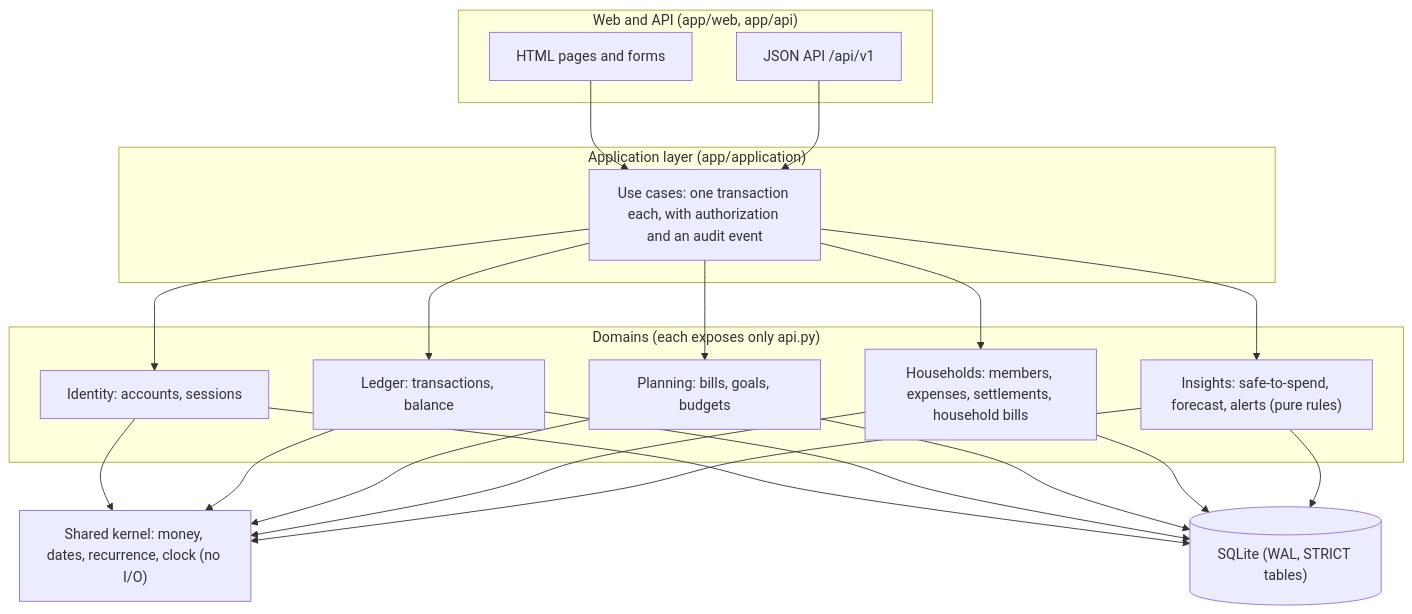
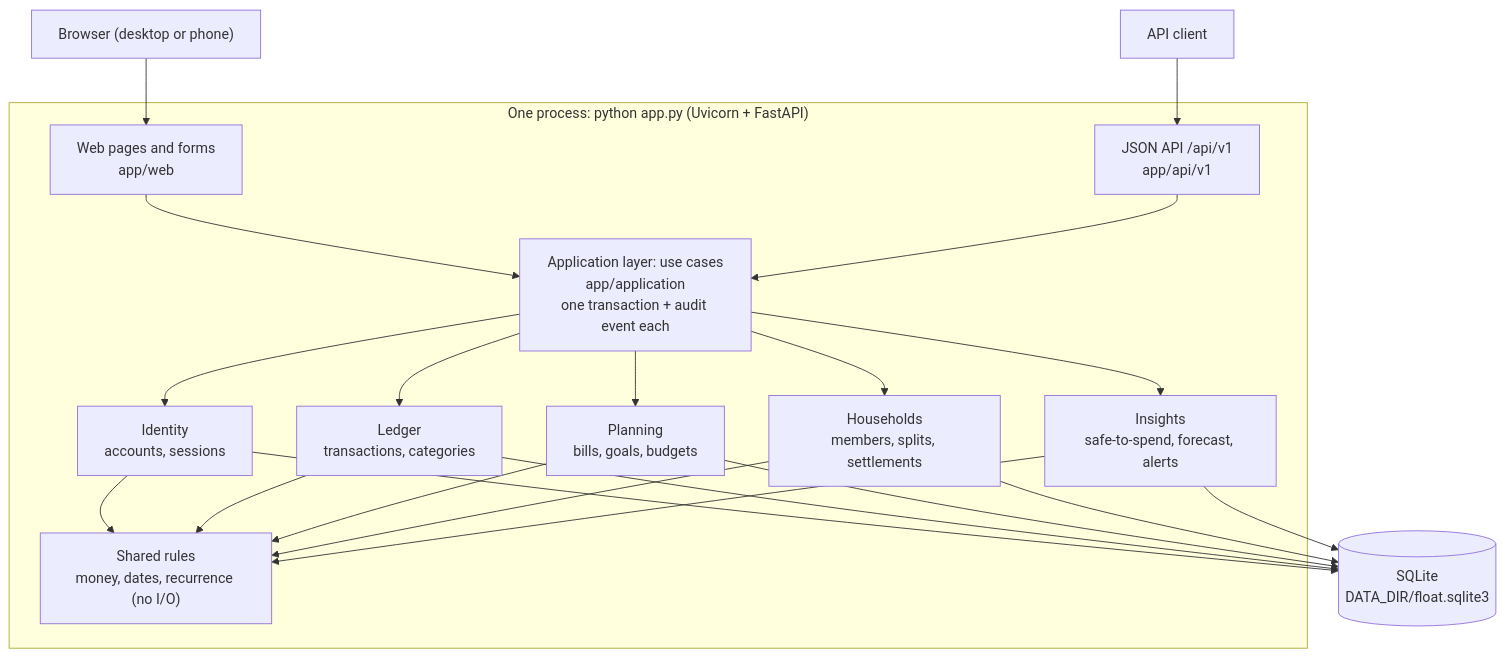
Before and after one commit to Sanad-AlBilleh/Float: the first of 3 diagrams in docs/report.md, drawn with Mermaid. The commit also changed other lines of this file and 5 other files, not shown here.

````diff
--- a/docs/report.md
+++ b/docs/report.md
@@ -88,24 +54,21 @@
 ```mermaid
 flowchart TB
-    subgraph web["Web and API (app/web, app/api)"]
-        pages["HTML pages and forms"]
-        api["JSON API /api/v1"]
+    browser["Browser (desktop or phone)"] --> web
+    client["API client"] --> api
+    subgraph process["One process: python app.py (Uvicorn + FastAPI)"]
+        web["Web pages and forms<br/>app/web"]
+        api["JSON API /api/v1<br/>app/api/v1"]
+        app["Application layer: use cases<br/>app/application<br/>one transaction + audit event each"]
+        identity["Identity<br/>accounts, sessions"]
+        ledger["Ledger<br/>transactions, categories"]
+        planning["Planning<br/>bills, goals, budgets"]
+        households["Households<br/>members, splits, settlements"]
+        insights["Insights<br/>safe-to-spend, forecast, alerts"]
+        shared["Shared rules<br/>money, dates, recurrence (no I/O)"]
+        web --> app
+        api --> app
+        app --> identity & ledger & planning & households & insights
+        identity & ledger & planning & households & insights --> shared
     end
-    subgraph application["Application layer (app/application)"]
-        usecases["Use cases: one transaction each, with authorization and an audit event"]
-    end
-    subgraph domains["Domains (each exposes only api.py)"]
-        identity["Identity: accounts, sessions"]
-        ledger["Ledger: transactions, balance"]
-        planning["Planning: bills, goals, budgets"]
-        households["Households: members, expenses, settlements, household bills"]
-        insights["Insights: safe-to-spend, forecast, alerts (pure rules)"]
-    end
-    shared["Shared kernel: money, dates, recurrence, clock (no I/O)"]
-    db[("SQLite (WAL, STRICT tables)")]
-    pages --> usecases
-    api --> usecases
-    usecases --> identity & ledger & planning & households & insights
-    identity & ledger & planning & households & insights --> shared
-    identity & ledger & planning & households & insights --> db
+    identity & ledger & planning & households & insights --> db[("SQLite<br/>DATA_DIR/float.sqlite3")]
 ```
````
